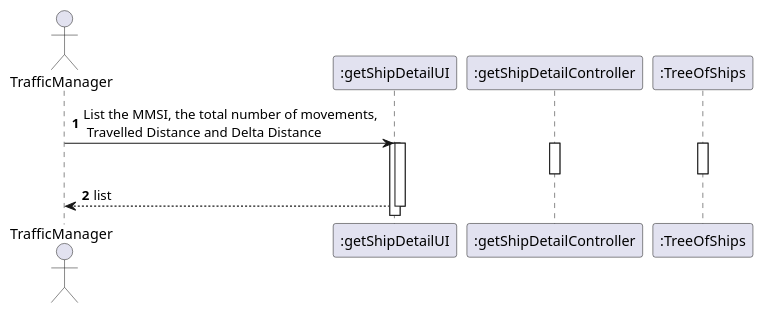
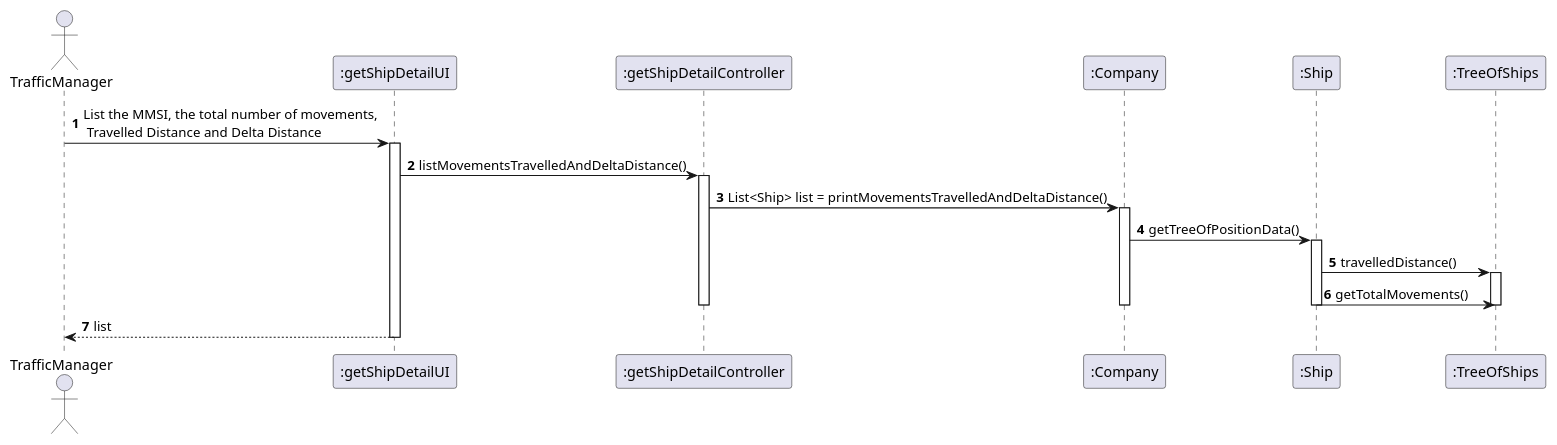
One commit to LourencoMelo/ISEP-LAPR3-ESINF changed the diagram in Docs/Sprint1/US105/SD.puml. Above: the diagram before and after it, drawn with PlantUML. The commit also changed 1 other file, not shown here.

```diff
--- a/Docs/Sprint1/US105/SD.puml
+++ b/Docs/Sprint1/US105/SD.puml
@@ -1,28 +1,45 @@
 @startuml
 
 autonumber
 
 actor       TrafficManager             as TM
 participant    ":getShipDetailUI"         as UI
 participant    ":getShipDetailController" as CTRL
+participant    ":Company"                  as company
+participant    ":Ship"                     as ship
 participant    ":TreeOfShips"              as tOS
 
 TM -> UI : List the MMSI, the total number of movements,\n Travelled Distance and Delta Distance
 activate UI
 
-
-activate UI
-
+    UI -> CTRL : listMovementsTravelledAndDeltaDistance()
 
     activate CTRL
 
+    CTRL -> company : List<Ship> list = printMovementsTravelledAndDeltaDistance()
+
+    activate company
+
+    company -> ship : getTreeOfPositionData()
+
+    activate ship
+
+
+    ship -> tOS : travelledDistance()
+
     activate tOS
 
+    ship -> tOS : getTotalMovements()
+
     deactivate tOS
+
+    deactivate ship
+
+    deactivate company
 
     deactivate CTRL
 
 UI --> TM : list
 deactivate UI
 
 @enduml
```
